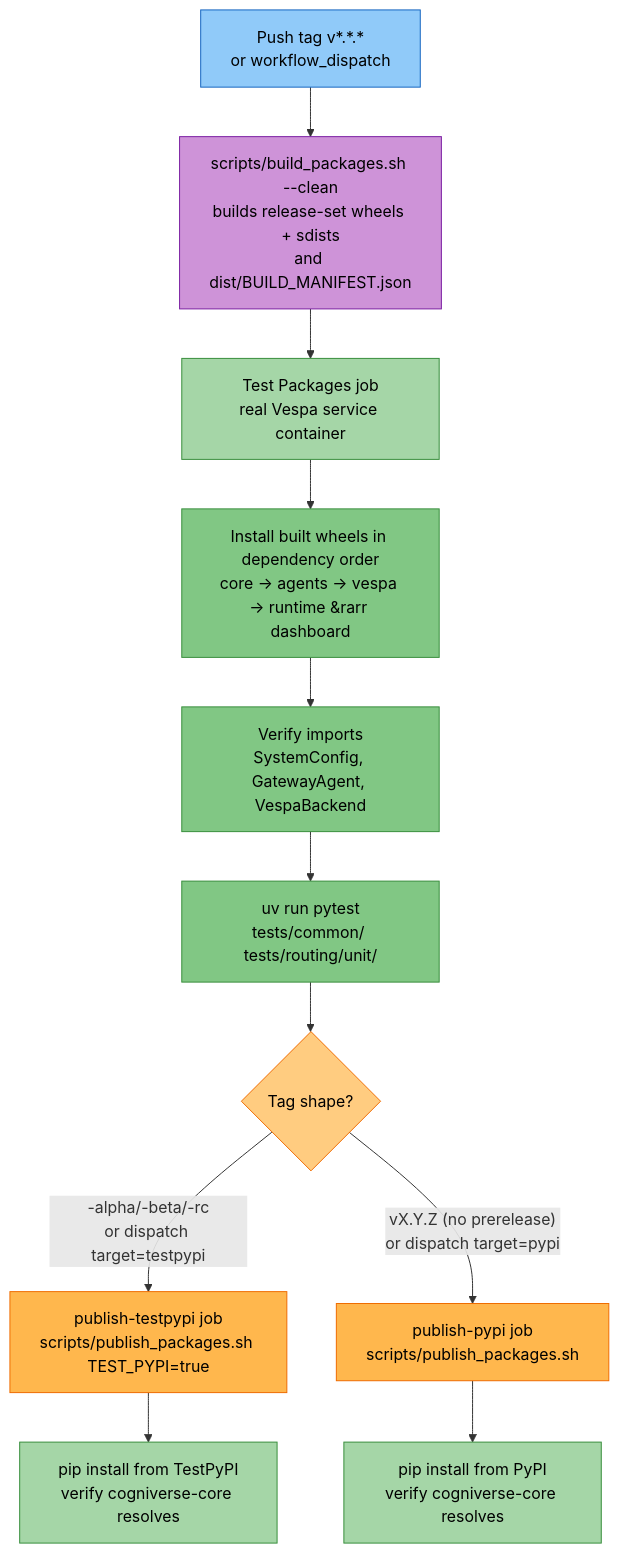
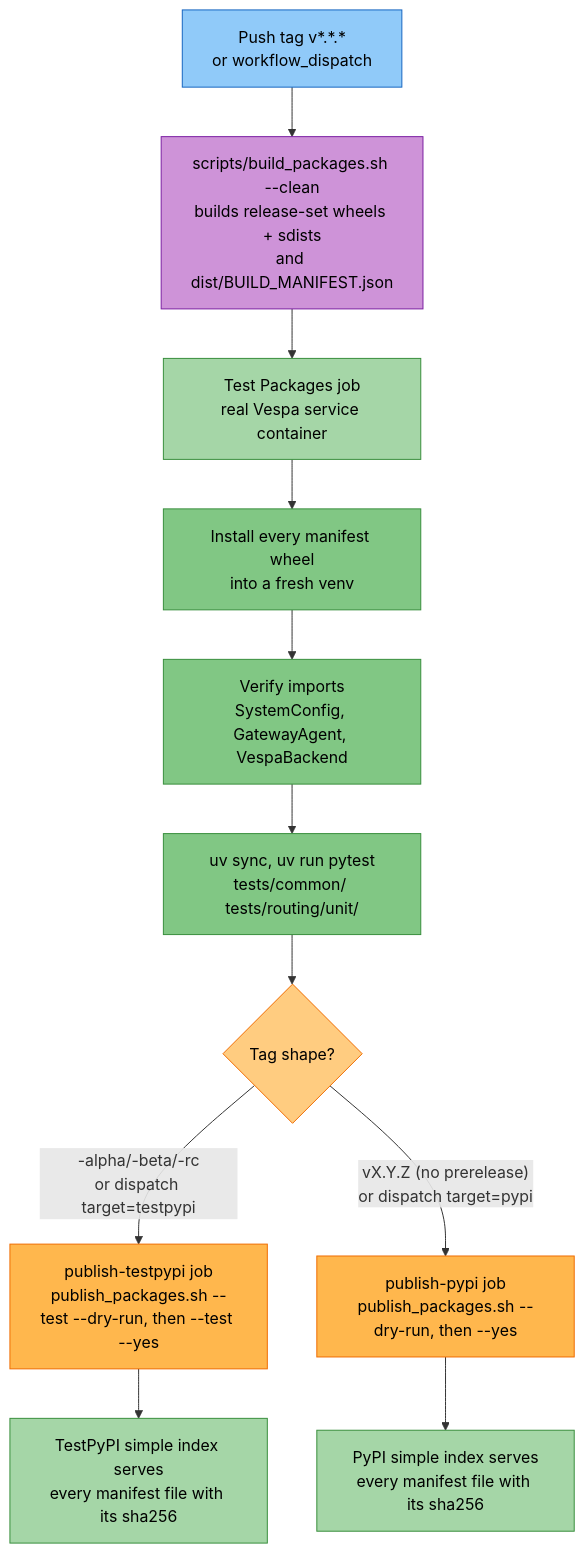
Before and after one commit to amit-jain/cogniverse: diagram 24 of 25 in docs/architecture/system-flows.md, drawn with Mermaid. The commit also changed other lines of this file and 3 other files, not shown here.

First line of the commit message:
Verify the manifest set in the release workflow's test and publish jobs

````diff
--- a/docs/architecture/system-flows.md
+++ b/docs/architecture/system-flows.md
@@ -1065,29 +1065,29 @@
 ```mermaid
 flowchart TB
     Tag[<span style='color:#000'>Push tag v*.*.*<br/>or workflow_dispatch</span>] --> Build[<span style='color:#000'>scripts/build_packages.sh --clean<br/>builds release-set wheels + sdists<br/>and dist/BUILD_MANIFEST.json</span>]
 
     Build --> TestJob[<span style='color:#000'>Test Packages job<br/>real Vespa service container</span>]
-    TestJob --> Install[<span style='color:#000'>Install built wheels in dependency order<br/>core &rarr; agents &rarr; vespa &rarr; runtime &rarr; dashboard</span>]
+    TestJob --> Install[<span style='color:#000'>Install every manifest wheel<br/>into a fresh venv</span>]
     Install --> VerifyImports[<span style='color:#000'>Verify imports<br/>SystemConfig, GatewayAgent, VespaBackend</span>]
-    VerifyImports --> RunTests[<span style='color:#000'>uv run pytest<br/>tests/common/ tests/routing/unit/</span>]
+    VerifyImports --> RunTests[<span style='color:#000'>uv sync, uv run pytest<br/>tests/common/ tests/routing/unit/</span>]
 
     RunTests --> TagShape{<span style='color:#000'>Tag shape?</span>}
 
-    TagShape -->|"-alpha/-beta/-rc<br/>or dispatch target=testpypi"| TestPyPI[<span style='color:#000'>publish-testpypi job<br/>scripts/publish_packages.sh TEST_PYPI=true</span>]
-    TagShape -->|"vX.Y.Z (no prerelease)<br/>or dispatch target=pypi"| PyPI[<span style='color:#000'>publish-pypi job<br/>scripts/publish_packages.sh</span>]
+    TagShape -->|"-alpha/-beta/-rc<br/>or dispatch target=testpypi"| TestPyPI[<span style='color:#000'>publish-testpypi job<br/>publish_packages.sh --test --dry-run, then --test --yes</span>]
+    TagShape -->|"vX.Y.Z (no prerelease)<br/>or dispatch target=pypi"| PyPI[<span style='color:#000'>publish-pypi job<br/>publish_packages.sh --dry-run, then --yes</span>]
 
-    TestPyPI --> VerifyInstallTest[<span style='color:#000'>pip install from TestPyPI<br/>verify cogniverse-core resolves</span>]
-    PyPI --> VerifyInstallProd[<span style='color:#000'>pip install from PyPI<br/>verify cogniverse-core resolves</span>]
+    TestPyPI --> VerifyInstallTest[<span style='color:#000'>TestPyPI simple index serves<br/>every manifest file with its sha256</span>]
+    PyPI --> VerifyInstallProd[<span style='color:#000'>PyPI simple index serves<br/>every manifest file with its sha256</span>]
 
     style Tag fill:#90caf9,stroke:#1565c0,color:#000
     style Build fill:#ce93d8,stroke:#7b1fa2,color:#000
     style TestJob fill:#a5d6a7,stroke:#388e3c,color:#000
     style Install fill:#81c784,stroke:#388e3c,color:#000
     style VerifyImports fill:#81c784,stroke:#388e3c,color:#000
     style RunTests fill:#81c784,stroke:#388e3c,color:#000
     style TagShape fill:#ffcc80,stroke:#ef6c00,color:#000
     style TestPyPI fill:#ffb74d,stroke:#ef6c00,color:#000
     style PyPI fill:#ffb74d,stroke:#ef6c00,color:#000
     style VerifyInstallTest fill:#a5d6a7,stroke:#388e3c,color:#000
     style VerifyInstallProd fill:#a5d6a7,stroke:#388e3c,color:#000
 ```
````
